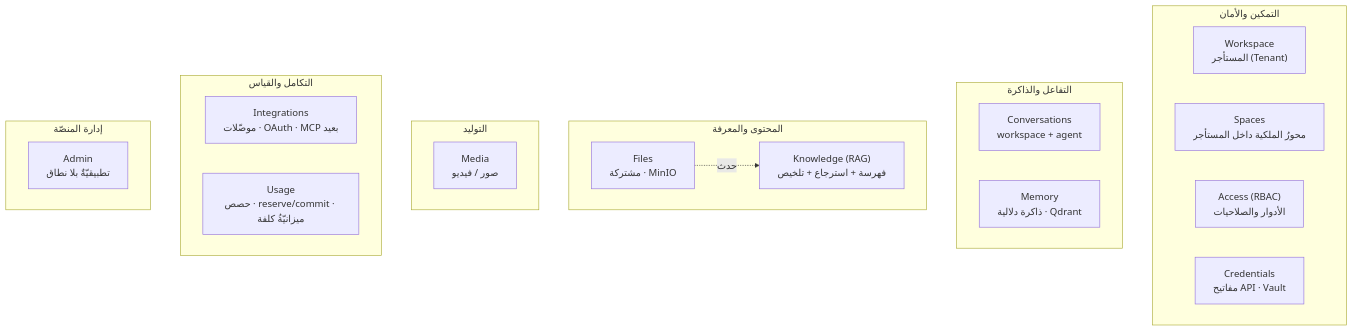
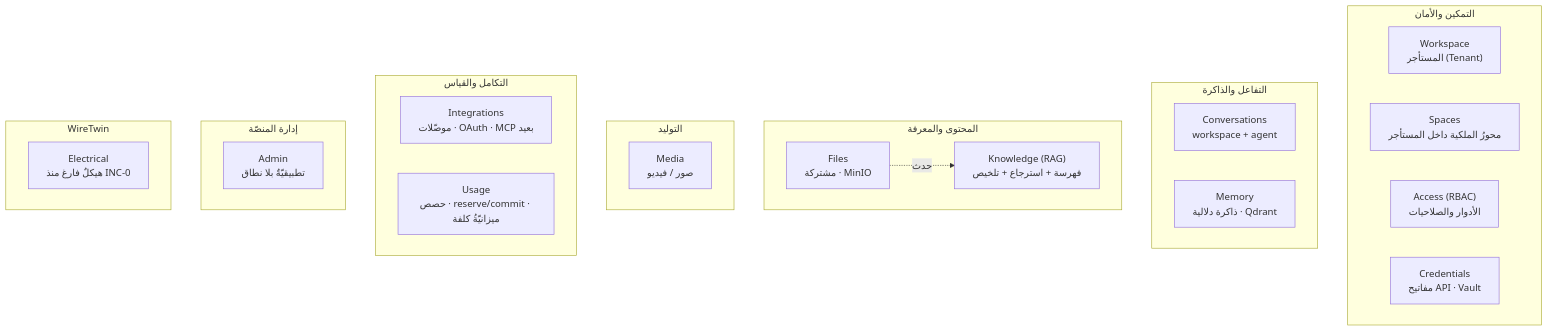
One commit to anastawahia/aizzak changed the fourth of 8 diagrams in docs/architecture.md. Above: the diagram before and after it, drawn with Mermaid. The commit also changed other lines of this file and 3 other files, not shown here.

First line of the commit message:
docs: nine contracts and the electrical module in the architecture docs (PLT-23)

````diff
--- a/docs/architecture.md
+++ b/docs/architecture.md
@@ -286,29 +286,32 @@
 ```mermaid
 graph TD
     subgraph c1 ["التمكين والأمان"]
         Workspace["Workspace<br/>المستأجر (Tenant)"]
         Spaces["Spaces<br/>محورُ الملكية داخل المستأجر"]
         Access["Access (RBAC)<br/>الأدوار والصلاحيات"]
         Credentials["Credentials<br/>مفاتيح API · Vault"]
     end
     subgraph c2 ["التفاعل والذاكرة"]
         Conversations["Conversations<br/>workspace + agent"]
         Memory["Memory<br/>ذاكرة دلالية · Qdrant"]
     end
     subgraph c3 ["المحتوى والمعرفة"]
         Files["Files<br/>مشتركة · MinIO"]
         Knowledge["Knowledge (RAG)<br/>فهرسة + استرجاع + تلخيص"]
     end
     subgraph c4 ["التوليد"]
         Media["Media<br/>صور / فيديو"]
     end
     subgraph c5 ["التكامل والقياس"]
         Integrations["Integrations<br/>موصّلات · OAuth · MCP بعيد"]
         Usage["Usage<br/>حصص · reserve/commit · ميزانيّةُ كلفة"]
     end
     subgraph c6 ["إدارة المنصّة"]
         AdminM["Admin<br/>تطبيقيّةٌ بلا نطاق"]
     end
+    subgraph c7 ["WireTwin"]
+        Electrical["Electrical<br/>هيكلٌ فارغ منذ INC‑0"]
+    end
 
     Files -. حدث .-> Knowledge
 ```
````
